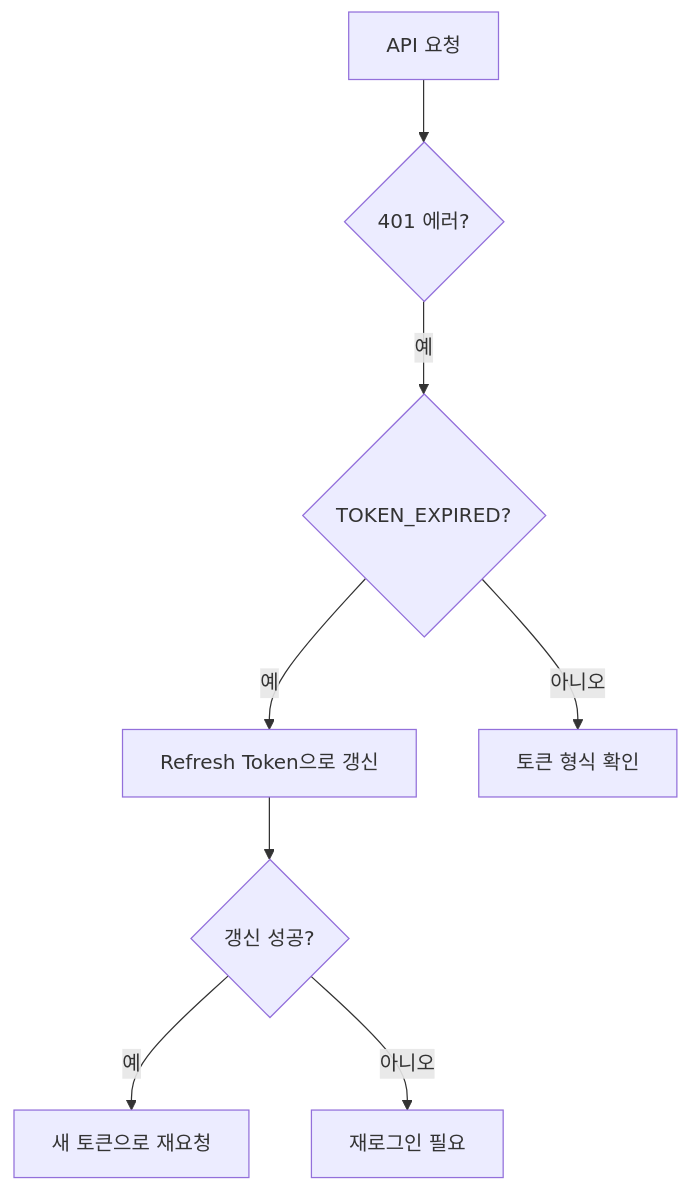
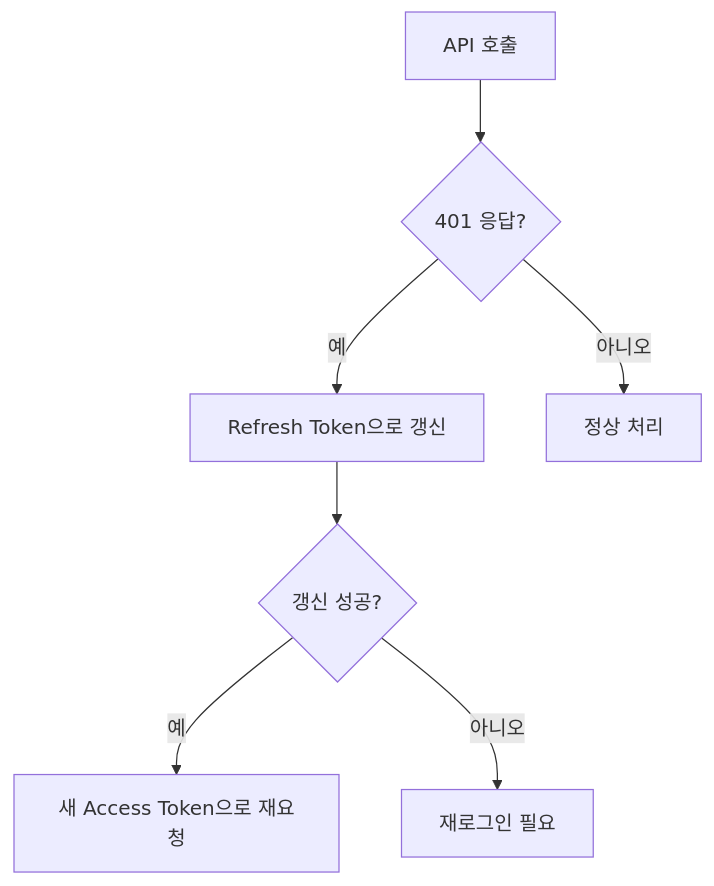
Before and after one commit to popup-studio-ai/bkend-docs: the diagram in ko/troubleshooting/03-auth-issues.md, drawn with Mermaid. The commit also changed other lines of this file and 186 other files, not shown here.

````diff
--- a/ko/troubleshooting/03-auth-issues.md
+++ b/ko/troubleshooting/03-auth-issues.md
@@ -78,10 +67,9 @@
 ```mermaid
 flowchart TD
-    A[API 요청] --> B{401 에러?}
-    B -->|예| C{TOKEN_EXPIRED?}
-    C -->|예| D[Refresh Token으로 갱신]
-    C -->|아니오| E[토큰 형식 확인]
-    D --> F{갱신 성공?}
-    F -->|예| G[새 토큰으로 재요청]
-    F -->|아니오| H[재로그인 필요]
+    A[API 호출] --> B{401 응답?}
+    B -->|예| C[Refresh Token으로 갱신]
+    C --> D{갱신 성공?}
+    D -->|예| E[새 Access Token으로 재요청]
+    D -->|아니오| F[재로그인 필요]
+    B -->|아니오| G[정상 처리]
 ```
````
